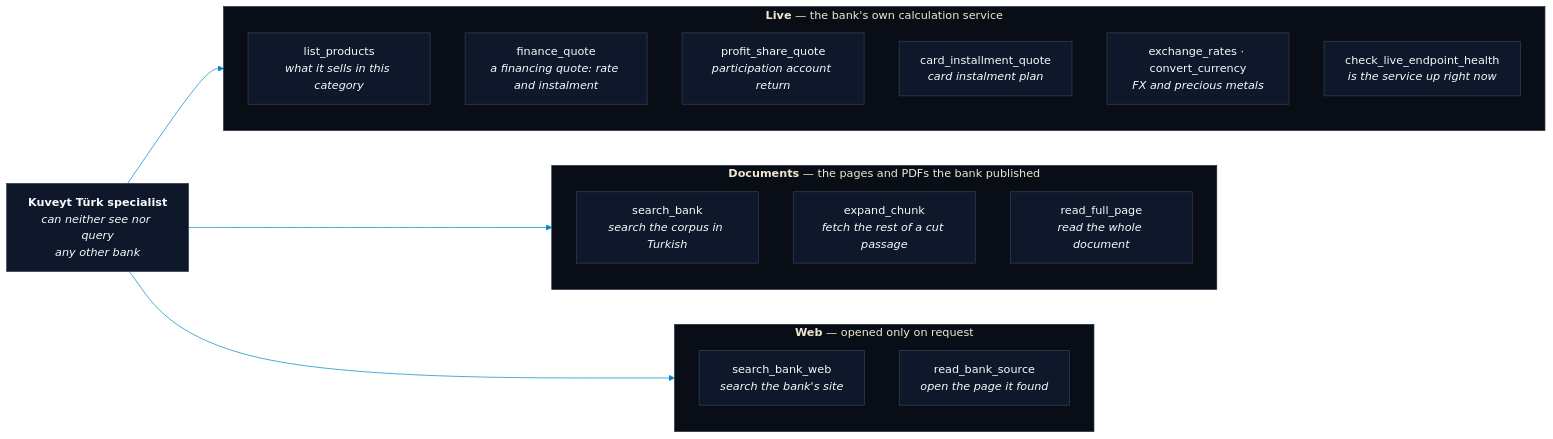
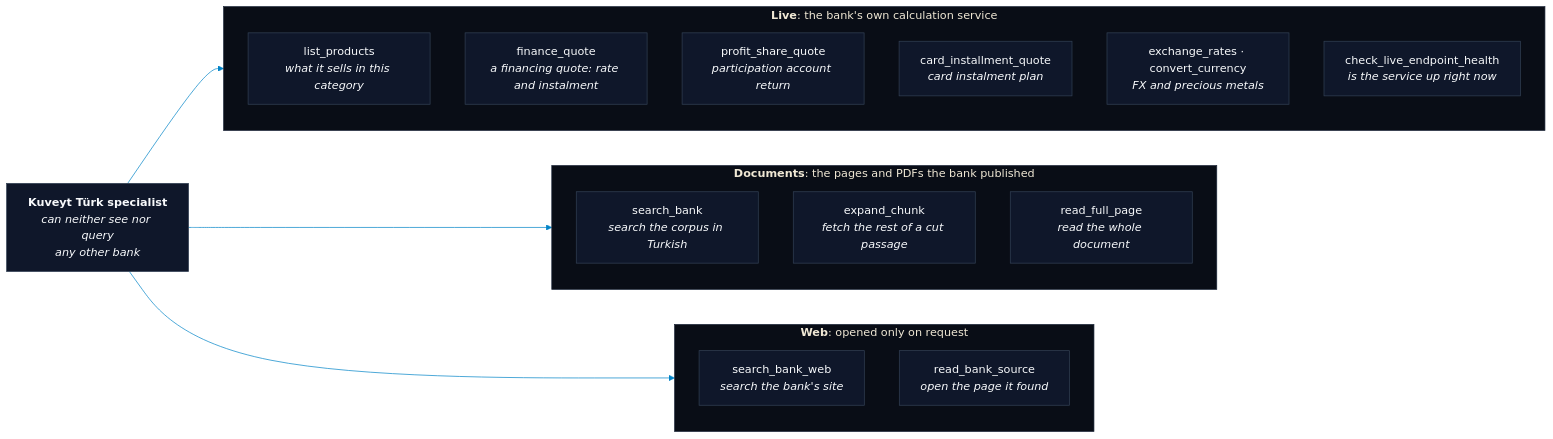
Before and after one commit to Abdurrahman-Wahdan/TEKNOFEST2026-Yapay-Zeka-Dil-Ajanlari-Yarismasi-KERMITS: diagram 15 of 18 in README.md, drawn with Mermaid. The commit also changed other lines of this file, not shown here.

````diff
--- a/README.md
+++ b/README.md
@@ -1135,32 +1111,32 @@
 ```mermaid
 %%{init: {'theme':'base','themeVariables':{'primaryColor':'#0f172a','primaryTextColor':'#f8fafc','primaryBorderColor':'#334155','lineColor':'#0284c7','secondaryColor':'#1e293b','tertiaryColor':'#0f172a','clusterBkg':'#090d16','clusterBorder':'#1e293b'}}}%%
 flowchart LR
     A["<b>Kuveyt Türk specialist</b><br/><i>can neither see nor query<br/>any other bank</i>"]
 
-    subgraph LIVE["<b>Live</b> — the bank's own calculation service"]
+    subgraph LIVE["<b>Live</b>: the bank's own calculation service"]
         direction TB
         L1["list_products<br/><i>what it sells in this category</i>"]
         L2["finance_quote<br/><i>a financing quote: rate and instalment</i>"]
         L3["profit_share_quote<br/><i>participation account return</i>"]
         L4["card_installment_quote<br/><i>card instalment plan</i>"]
         L5["exchange_rates · convert_currency<br/><i>FX and precious metals</i>"]
         L6["check_live_endpoint_health<br/><i>is the service up right now</i>"]
     end
 
-    subgraph DOCS["<b>Documents</b> — the pages and PDFs the bank published"]
+    subgraph DOCS["<b>Documents</b>: the pages and PDFs the bank published"]
         direction TB
         D1["search_bank<br/><i>search the corpus in Turkish</i>"]
         D2["expand_chunk<br/><i>fetch the rest of a cut passage</i>"]
         D3["read_full_page<br/><i>read the whole document</i>"]
     end
 
-    subgraph WEB["<b>Web</b> — opened only on request"]
+    subgraph WEB["<b>Web</b>: opened only on request"]
         direction TB
         W1["search_bank_web<br/><i>search the bank's site</i>"]
         W2["read_bank_source<br/><i>open the page it found</i>"]
     end
 
     A --> LIVE
     A --> DOCS
     A --> WEB
 ```
````
